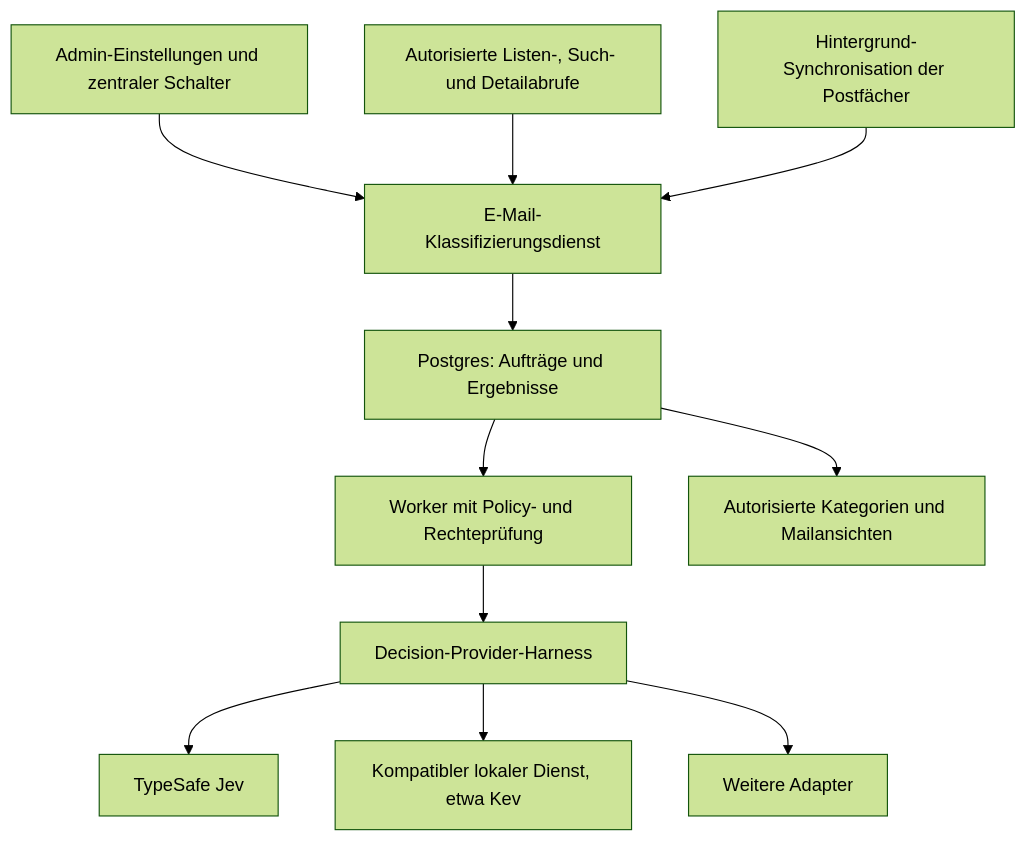
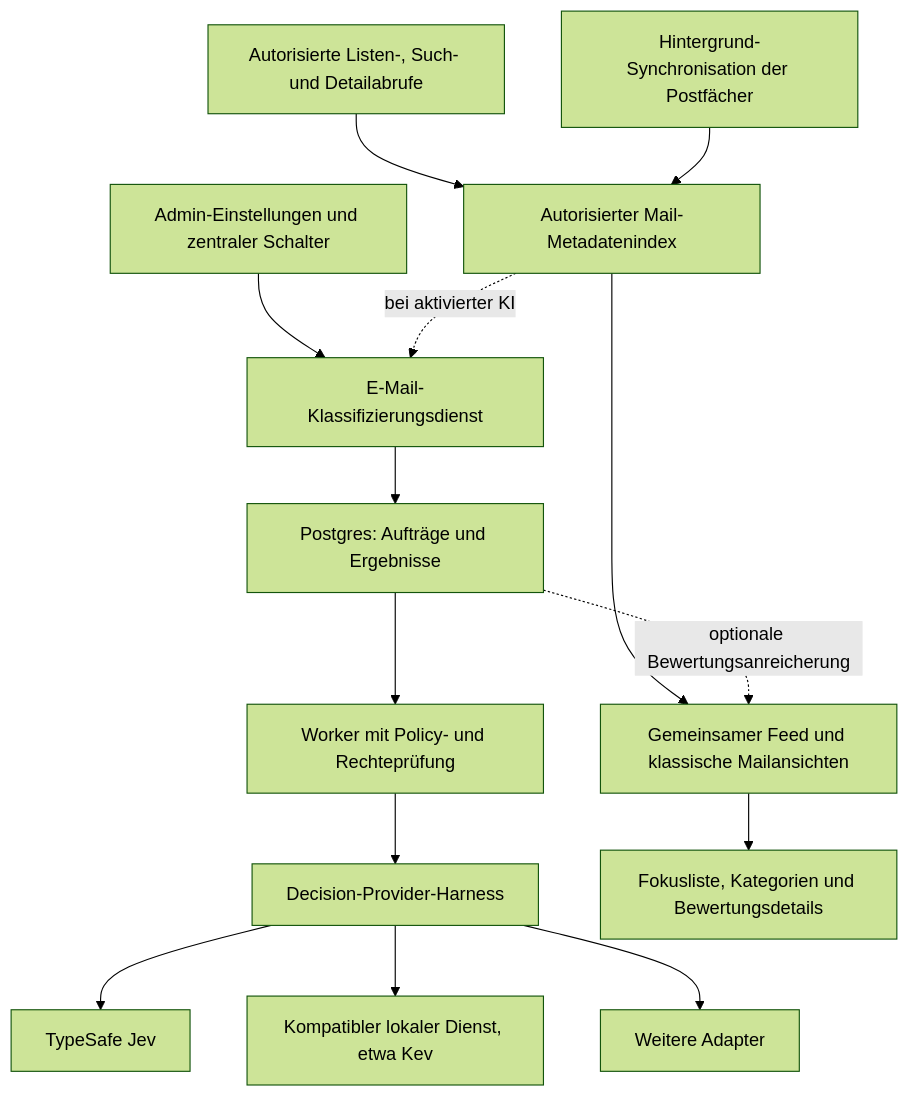
Before and after one commit to canvascoding/canvas-notebook: the diagram in docs/architecture/canvas-notebook/email-classification-harness-plan.md, drawn with Mermaid (forest theme). The commit also changed other lines of this file and 1 other file, not shown here.

````diff
--- a/docs/architecture/canvas-notebook/email-classification-harness-plan.md
+++ b/docs/architecture/canvas-notebook/email-classification-harness-plan.md
@@ -57,13 +67,16 @@
 ```mermaid
 flowchart TD
   A[Admin-Einstellungen und zentraler Schalter] --> B[E-Mail-Klassifizierungsdienst]
-  C[Autorisierte Listen-, Such- und Detailabrufe] --> B
-  D[Hintergrund-Synchronisation der Postfächer] --> B
+  C[Autorisierte Listen-, Such- und Detailabrufe] --> M[Autorisierter Mail-Metadatenindex]
+  D[Hintergrund-Synchronisation der Postfächer] --> M
+  M --> K[Gemeinsamer Feed und klassische Mailansichten]
+  M -. bei aktivierter KI .-> B
   B --> E[Postgres: Aufträge und Ergebnisse]
   E --> F[Worker mit Policy- und Rechteprüfung]
   F --> G[Decision-Provider-Harness]
   G --> H[TypeSafe Jev]
   G --> I[Kompatibler lokaler Dienst, etwa Kev]
   G --> J[Weitere Adapter]
-  E --> K[Autorisierte Kategorien und Mailansichten]
+  E -. optionale Bewertungsanreicherung .-> K
+  K --> L[Fokusliste, Kategorien und Bewertungsdetails]
 ```
````
